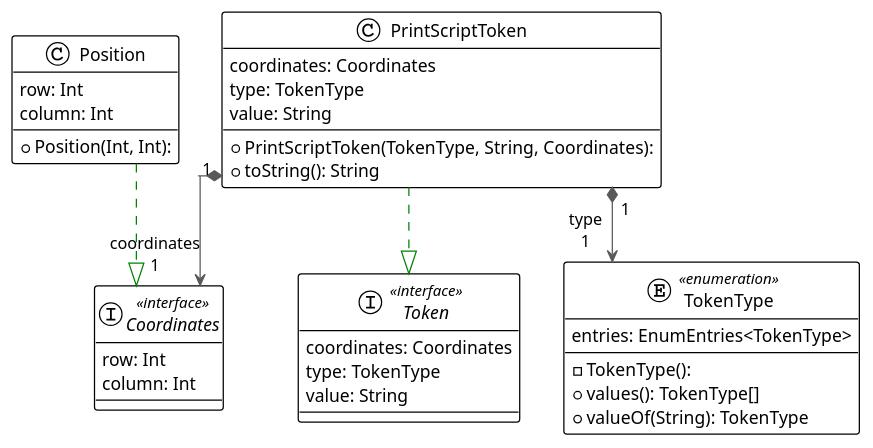
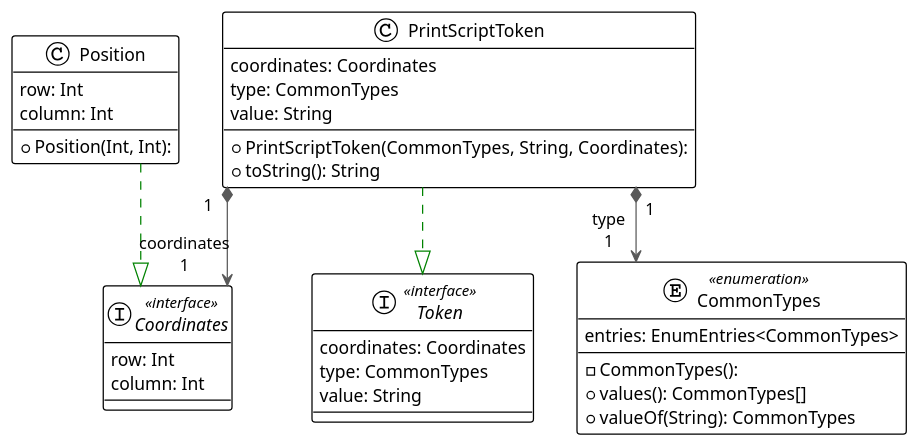
One commit to TEF-Austral/PrintScript changed the diagram in documents/diagrams/Token.plantuml. Above: the diagram before and after it, drawn with PlantUML. The commit also changed 57 other files, not shown here.

```diff
--- a/documents/diagrams/Token.plantuml
+++ b/documents/diagrams/Token.plantuml
@@ -1,39 +1,39 @@
 @startuml
 
 !theme plain
 top to bottom direction
 skinparam linetype ortho
 
 interface Coordinates << interface >> {
    row: Int
    column: Int
 }
 class Position {
   + Position(Int, Int): 
    row: Int
    column: Int
 }
 class PrintScriptToken {
-  + PrintScriptToken(TokenType, String, Coordinates): 
+  + PrintScriptToken(CommonTypes, String, Coordinates):
   + toString(): String
    coordinates: Coordinates
-   type: TokenType
+   type: CommonTypes
    value: String
 }
 interface Token << interface >> {
    coordinates: Coordinates
-   type: TokenType
+   type: CommonTypes
    value: String
 }
-enum TokenType << enumeration >> {
-  - TokenType(): 
-  + values(): TokenType[]
-  + valueOf(String): TokenType
-   entries: EnumEntries<TokenType>
+enum CommonTypes << enumeration >> {
+  - CommonTypes():
+  + values(): CommonTypes[]
+  + valueOf(String): CommonTypes
+   entries: EnumEntries<CommonTypes>
 }
 
 Position          -[#008200,dashed]-^  Coordinates      
 PrintScriptToken "1" *-[#595959,plain]-> "coordinates\n1" Coordinates      
 PrintScriptToken  -[#008200,dashed]-^  Token            
-PrintScriptToken "1" *-[#595959,plain]-> "type\n1" TokenType        
+PrintScriptToken "1" *-[#595959,plain]-> "type\n1" CommonTypes
 @enduml
```
